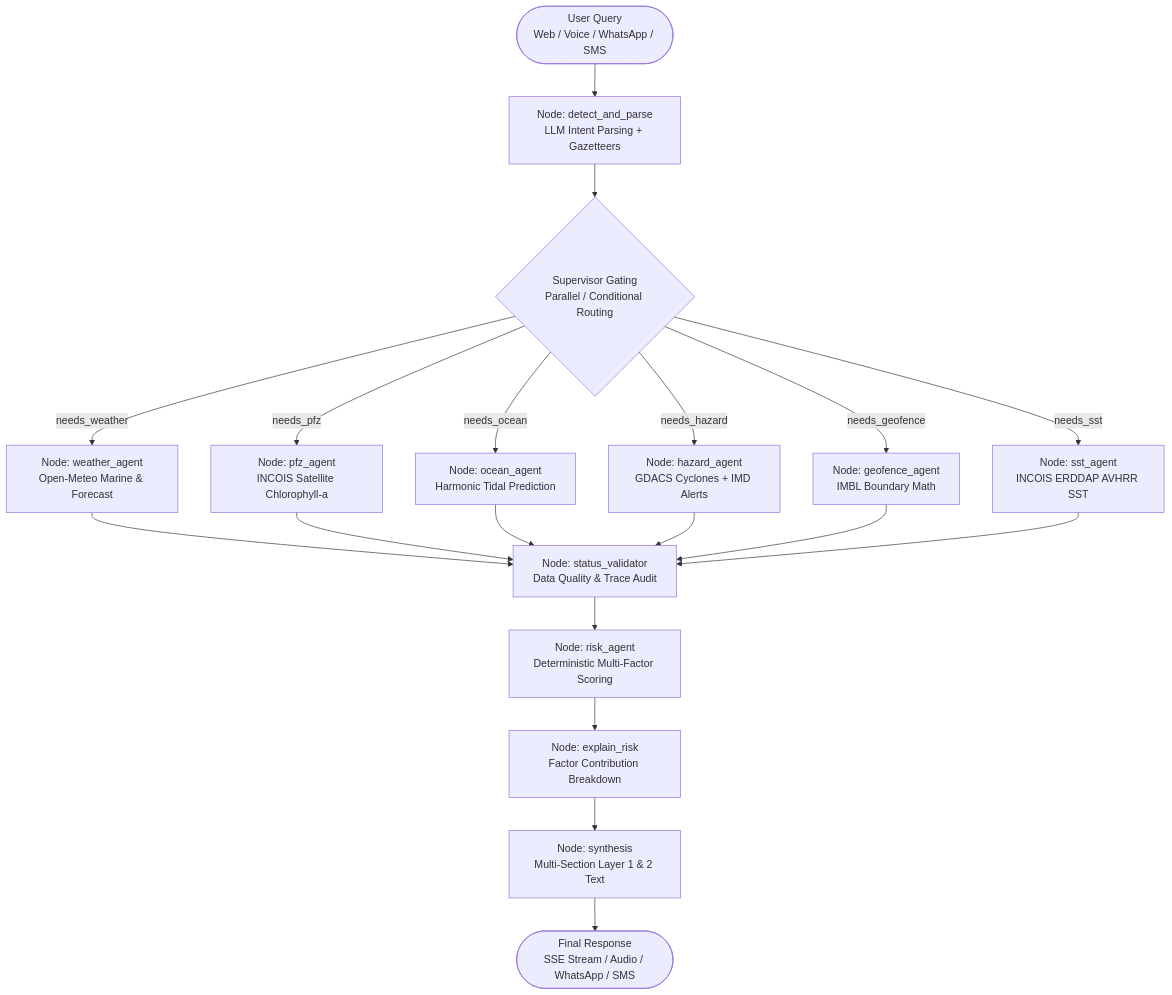
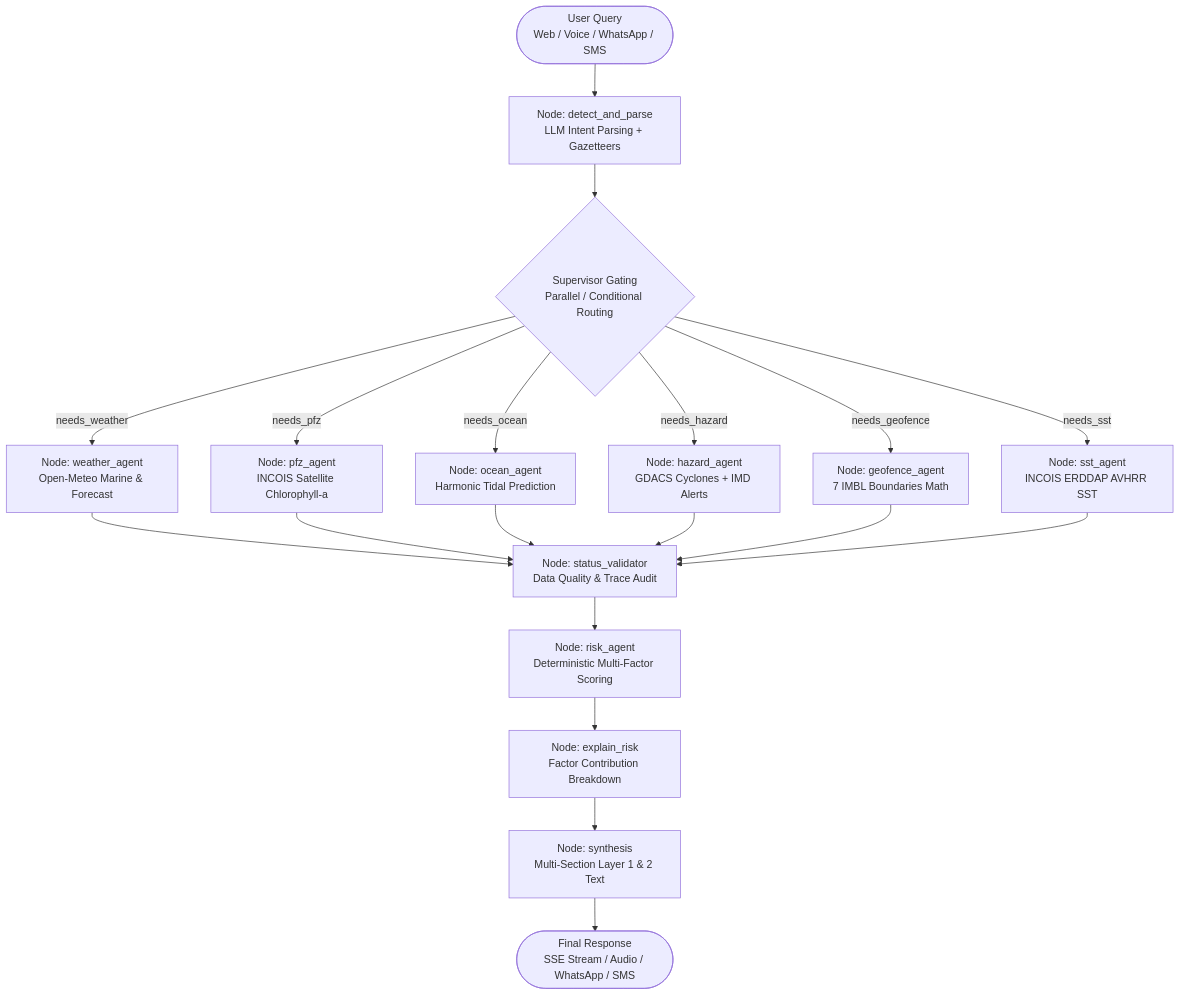
The diagram in README.md (Suryansh-singh-137/Tarang), drawn with Mermaid before and after one commit. The commit also changed other lines of this file, not shown here.

Commit message:
Update README with marine layers and boundaries documentation

````diff
--- a/README.md
+++ b/README.md
@@ -139,26 +207,26 @@
 ```mermaid
 flowchart TD
     UQ([User Query\nWeb / Voice / WhatsApp / SMS]) --> DP[Node: detect_and_parse\nLLM Intent Parsing + Gazetteers]
     
     DP --> SUP{Supervisor Gating\nParallel / Conditional Routing}
     
     SUP -->|needs_weather| WA[Node: weather_agent\nOpen-Meteo Marine & Forecast]
     SUP -->|needs_pfz| PA[Node: pfz_agent\nINCOIS Satellite Chlorophyll-a]
     SUP -->|needs_ocean| OA[Node: ocean_agent\nHarmonic Tidal Prediction]
     SUP -->|needs_hazard| HA[Node: hazard_agent\nGDACS Cyclones + IMD Alerts]
-    SUP -->|needs_geofence| GA[Node: geofence_agent\nIMBL Boundary Math]
+    SUP -->|needs_geofence| GA[Node: geofence_agent\n7 IMBL Boundaries Math]
     SUP -->|needs_sst| SA[Node: sst_agent\nINCOIS ERDDAP AVHRR SST]
 
     WA --> SV[Node: status_validator\nData Quality & Trace Audit]
     PA --> SV
     OA --> SV
     HA --> SV
     GA --> SV
     SA --> SV
 
     SV --> RA[Node: risk_agent\nDeterministic Multi-Factor Scoring]
     RA --> ER[Node: explain_risk\nFactor Contribution Breakdown]
     ER --> SYN[Node: synthesis\nMulti-Section Layer 1 & 2 Text]
     
     SYN --> OUT([Final Response\nSSE Stream / Audio / WhatsApp / SMS])
 ```
````
